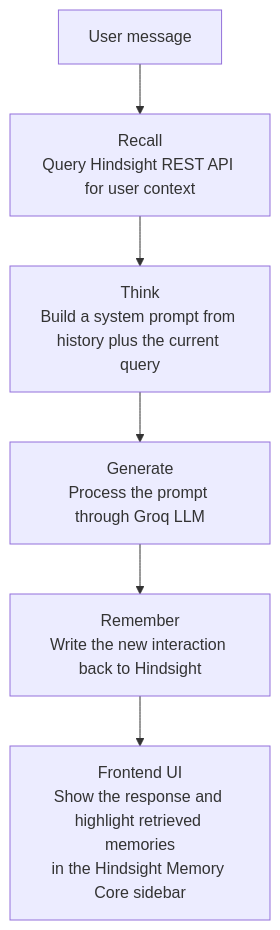
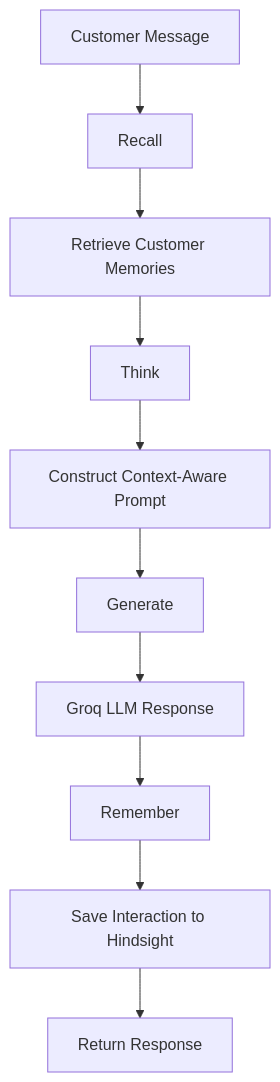
Before and after one commit to dineshav05/hindsight-support-agent: the second of 3 diagrams in hindsight-support-agent-main/README.md, drawn with Mermaid. The commit also changed other lines of this file, not shown here.

First line of the commit message:
README for Context-Aware SaaS Support Agent

````diff
--- a/hindsight-support-agent-main/README.md
+++ b/hindsight-support-agent-main/README.md
@@ -67,8 +167,12 @@
 ```mermaid
 flowchart TD
-    A[User message] --> B[Recall<br/>Query Hindsight REST API for user context]
-    B --> C[Think<br/>Build a system prompt from history plus the current query]
-    C --> D[Generate<br/>Process the prompt through Groq LLM]
-    D --> E[Remember<br/>Write the new interaction back to Hindsight]
-    E --> F[Frontend UI<br/>Show the response and highlight retrieved memories<br/>in the Hindsight Memory Core sidebar]
+    A[Customer Message] --> B[Recall]
+    B --> C[Retrieve Customer Memories]
+    C --> D[Think]
+    D --> E[Construct Context-Aware Prompt]
+    E --> F[Generate]
+    F --> G[Groq LLM Response]
+    G --> H[Remember]
+    H --> I[Save Interaction to Hindsight]
+    I --> J[Return Response]
 ```
````
